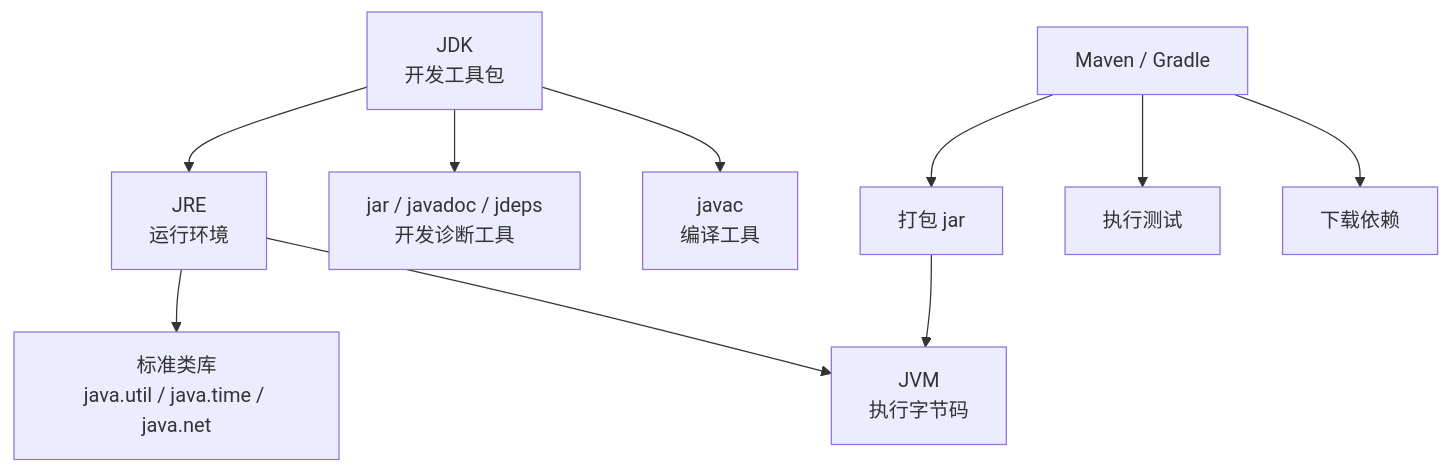
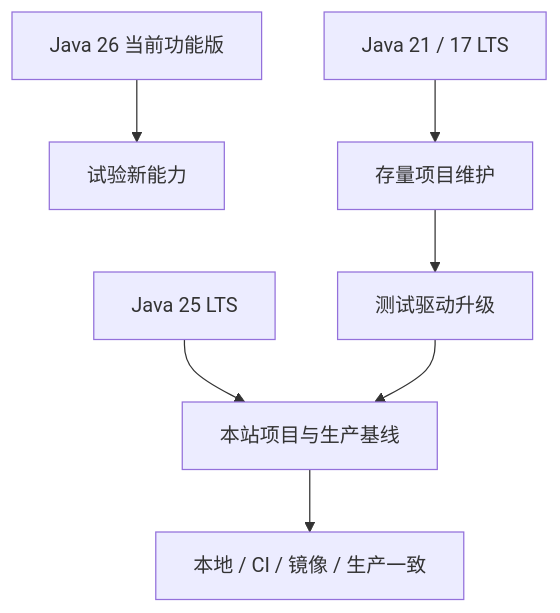
The second of 29 diagrams in docs/java/visual-guide.md (yokry-he/yok-study-web), drawn with Mermaid before and after one commit. The commit also changed other lines of this file and 277 other files, not shown here.

````diff
--- a/docs/java/visual-guide.md
+++ b/docs/java/visual-guide.md
@@ -33,12 +46,9 @@
 ```mermaid
 flowchart TD
-  A["JDK<br/>开发工具包"] --> B["javac<br/>编译工具"]
-  A --> C["jar / javadoc / jdeps<br/>开发诊断工具"]
-  A --> D["JRE<br/>运行环境"]
-  D --> E["JVM<br/>执行字节码"]
-  D --> F["标准类库<br/>java.util / java.time / java.net"]
-  G["Maven / Gradle"] --> H["下载依赖"]
-  G --> I["执行测试"]
-  G --> J["打包 jar"]
-  J --> E
+  A["Java 26 当前功能版"] --> B["试验新能力"]
+  C["Java 25 LTS"] --> D["本站项目与生产基线"]
+  E["Java 21 / 17 LTS"] --> F["存量项目维护"]
+  F --> G["测试驱动升级"]
+  G --> D
+  D --> H["本地 / CI / 镜像 / 生产一致"]
 ```
````
